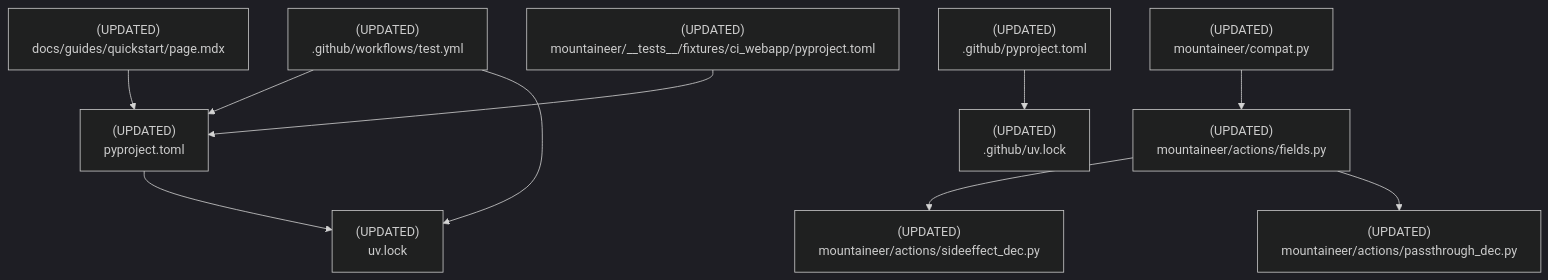
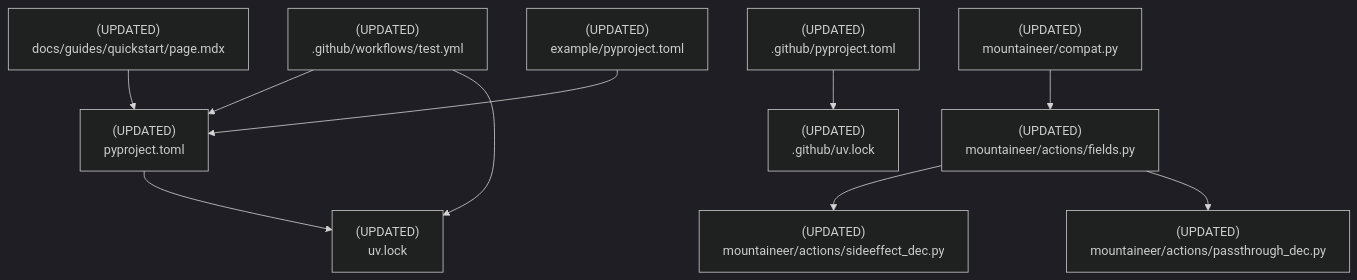
Before and after one commit to mplemay/mountaineer: the fifth of 5 diagrams in design/002-python-3-14-support-drop-3-10.md, drawn with Mermaid (dark theme). The commit also changed other lines of this file and 36 other files, not shown here.

Commit message:
refactor: converted the ci_webapp to an example

````diff
--- a/design/002-python-3-14-support-drop-3-10.md
+++ b/design/002-python-3-14-support-drop-3-10.md
@@ -146,24 +146,24 @@
 ```mermaid
 graph TD
     RootPyproject["(UPDATED)<br/>pyproject.toml"]
     RootLock["(UPDATED)<br/>uv.lock"]
     ScriptsPyproject["(UPDATED)<br/>.github/pyproject.toml"]
     ScriptsLock["(UPDATED)<br/>.github/uv.lock"]
     CIWorkflow["(UPDATED)<br/>.github/workflows/test.yml"]
     Compat["(UPDATED)<br/>mountaineer/compat.py"]
     Fields["(UPDATED)<br/>mountaineer/actions/fields.py"]
     Sideeffect["(UPDATED)<br/>mountaineer/actions/sideeffect_dec.py"]
     Passthrough["(UPDATED)<br/>mountaineer/actions/passthrough_dec.py"]
     DocsQuickstart["(UPDATED)<br/>docs/guides/quickstart/page.mdx"]
-    FixturePyproject["(UPDATED)<br/>mountaineer/__tests__/fixtures/ci_webapp/pyproject.toml"]
+    ExamplePyproject["(UPDATED)<br/>example/pyproject.toml"]
 
     RootPyproject --> RootLock
     ScriptsPyproject --> ScriptsLock
     CIWorkflow --> RootPyproject
     CIWorkflow --> RootLock
     Fields --> Sideeffect
     Fields --> Passthrough
     Compat --> Fields
     DocsQuickstart --> RootPyproject
-    FixturePyproject --> RootPyproject
+    ExamplePyproject --> RootPyproject
 ```
````
